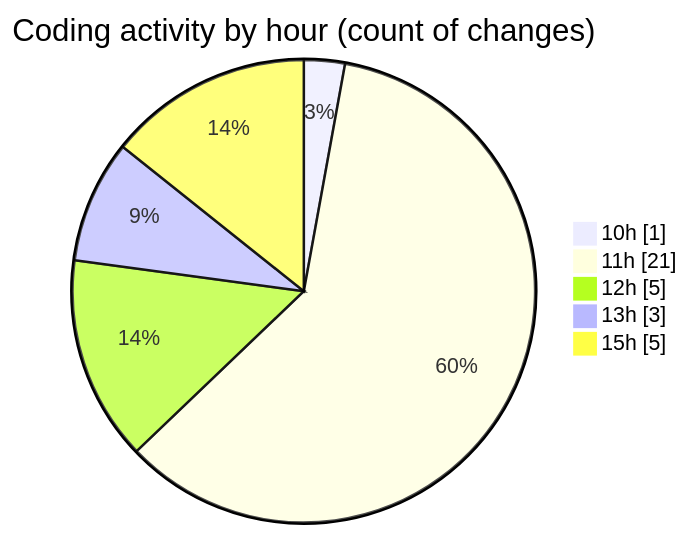
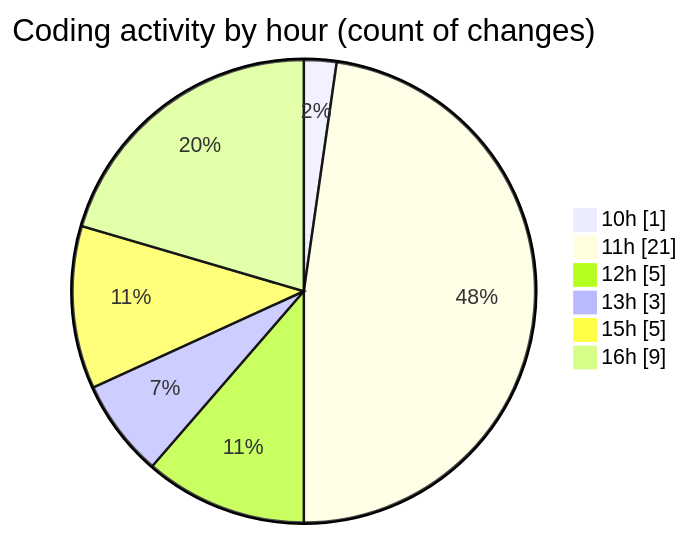
One commit to nxtqubesakshisongat/code-tracking changed the second of 2 diagrams in 2025-06-26/nxtqube_webapp/README.md. Above: the diagram before and after it, drawn with Mermaid. The commit also changed other lines of this file and 1 other file, not shown here.

````diff
--- a/2025-06-26/nxtqube_webapp/README.md
+++ b/2025-06-26/nxtqube_webapp/README.md
@@ -29,9 +29,10 @@
 ```mermaid
 pie showData
 title Coding activity by hour (count of changes)
 "10h" : 1
 "11h" : 21
 "12h" : 5
 "13h" : 3
 "15h" : 5
+"16h" : 9
 ```
````
